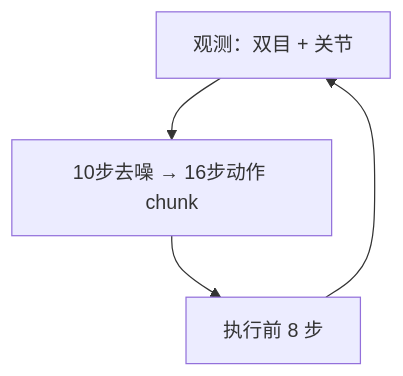
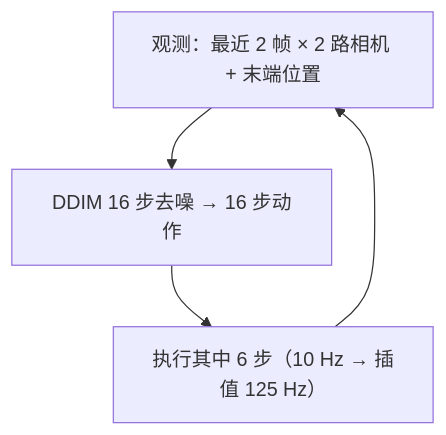
The second of 3 diagrams in papers/01_Foundational_RL/Diffusion_Policy/Diffusion_Policy.md (ImChong/Robot_Learning_Paper_Notebooks), drawn with Mermaid before and after one commit. The commit also changed other lines of this file and 5 other files, not shown here.

```diff
--- a/papers/01_Foundational_RL/Diffusion_Policy/Diffusion_Policy.md
+++ b/papers/01_Foundational_RL/Diffusion_Policy/Diffusion_Policy.md
@@ -160,6 +176,6 @@
 <div class="mermaid">
 flowchart TB
-    O["观测：双目 + 关节"] --> D["10步去噪 → 16步动作 chunk"]
-    D --> X["执行前 8 步"]
+    O["观测：最近 2 帧 × 2 路相机 + 末端位置"] --> D["DDIM 16 步去噪 → 16 步动作"]
+    D --> X["执行其中 6 步（10 Hz → 插值 125 Hz）"]
     X --> O
 </div>
```
